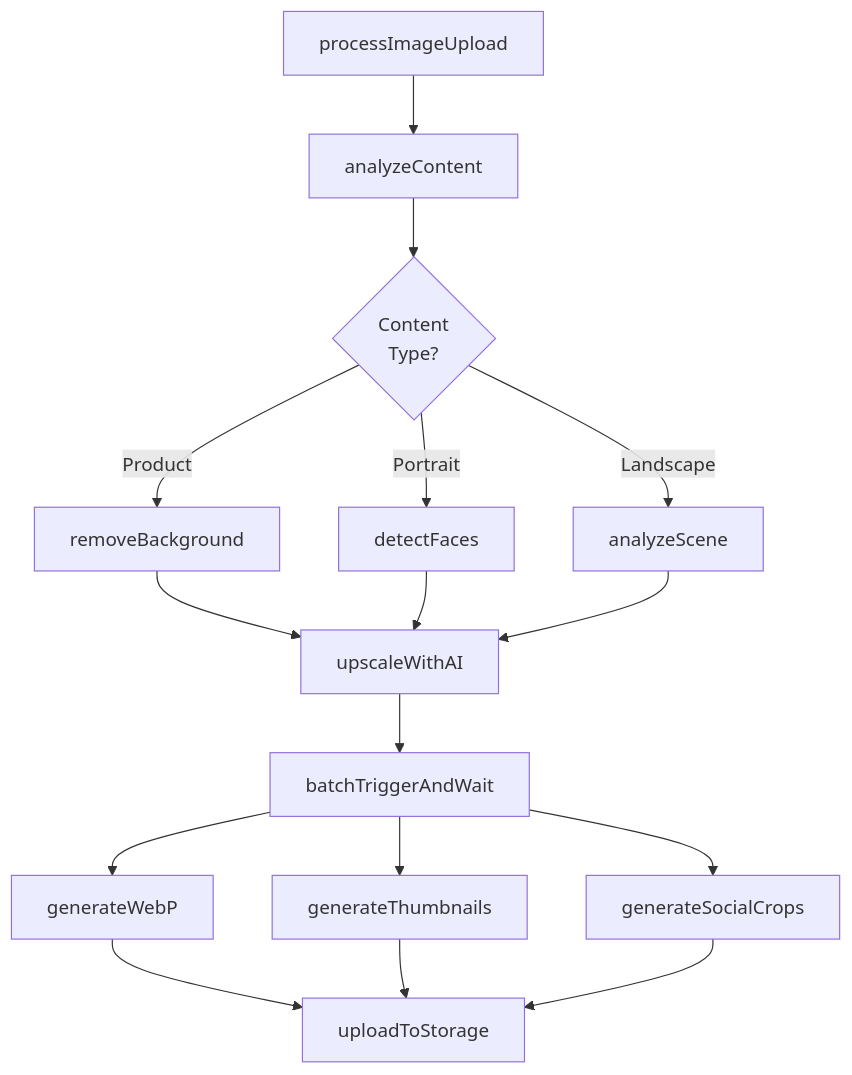
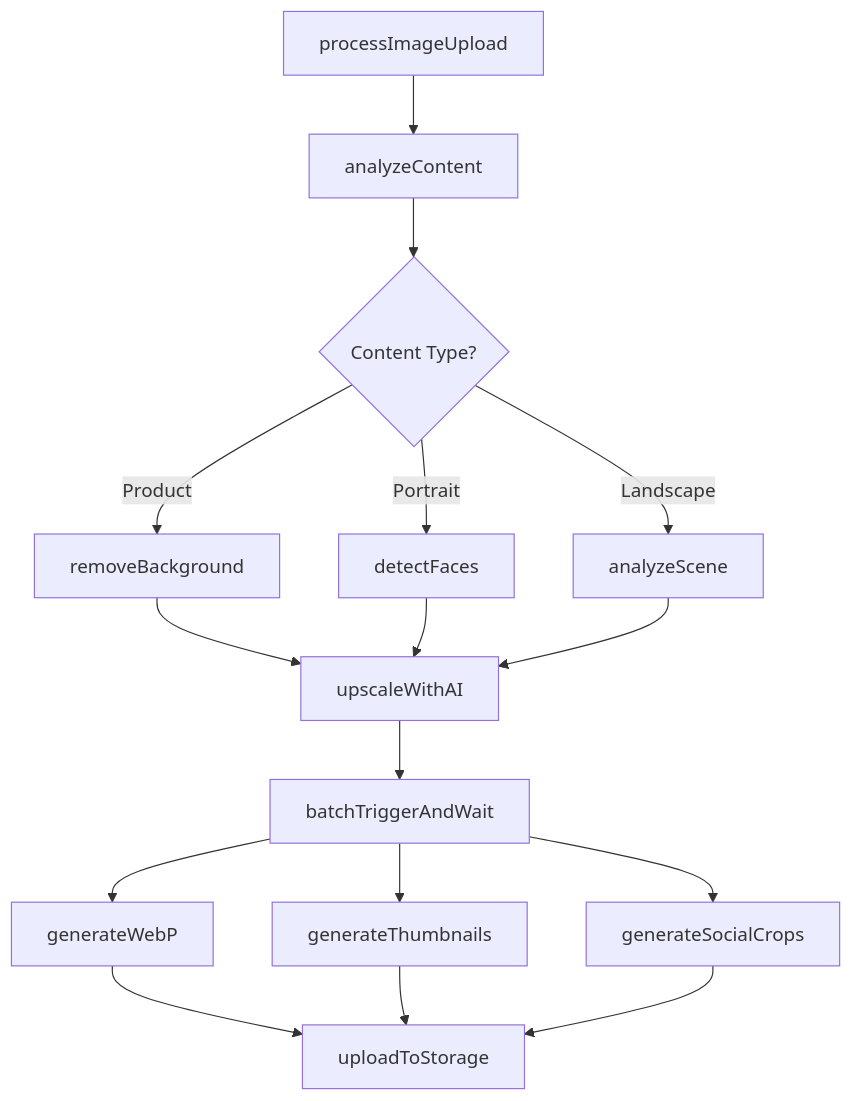
The third of 5 diagrams in docs/guides/use-cases/media-processing.mdx (triggerdotdev/trigger.dev), drawn with Mermaid before and after one commit. The commit also changed other lines of this file and 1 other file, not shown here.

First line of the commit message:
docs: fix mermaid decision nodes with br tags

````diff
--- a/docs/guides/use-cases/media-processing.mdx
+++ b/docs/guides/use-cases/media-processing.mdx
@@ -99,18 +99,18 @@
 ```mermaid
 graph TB
     A[processImageUpload] --> B[analyzeContent]
-    B --> C{Content<br/>Type?}
+    B --> C{Content Type?}
     C -->|Product| D[removeBackground]
     C -->|Portrait| E[detectFaces]
     C -->|Landscape| F[analyzeScene]
     D --> G[upscaleWithAI]
     E --> G
     F --> G
     G --> H[batchTriggerAndWait]
     H --> I[generateWebP]
     H --> J[generateThumbnails]
     H --> K[generateSocialCrops]
     I --> L[uploadToStorage]
     J --> L
     K --> L
 ```
````
